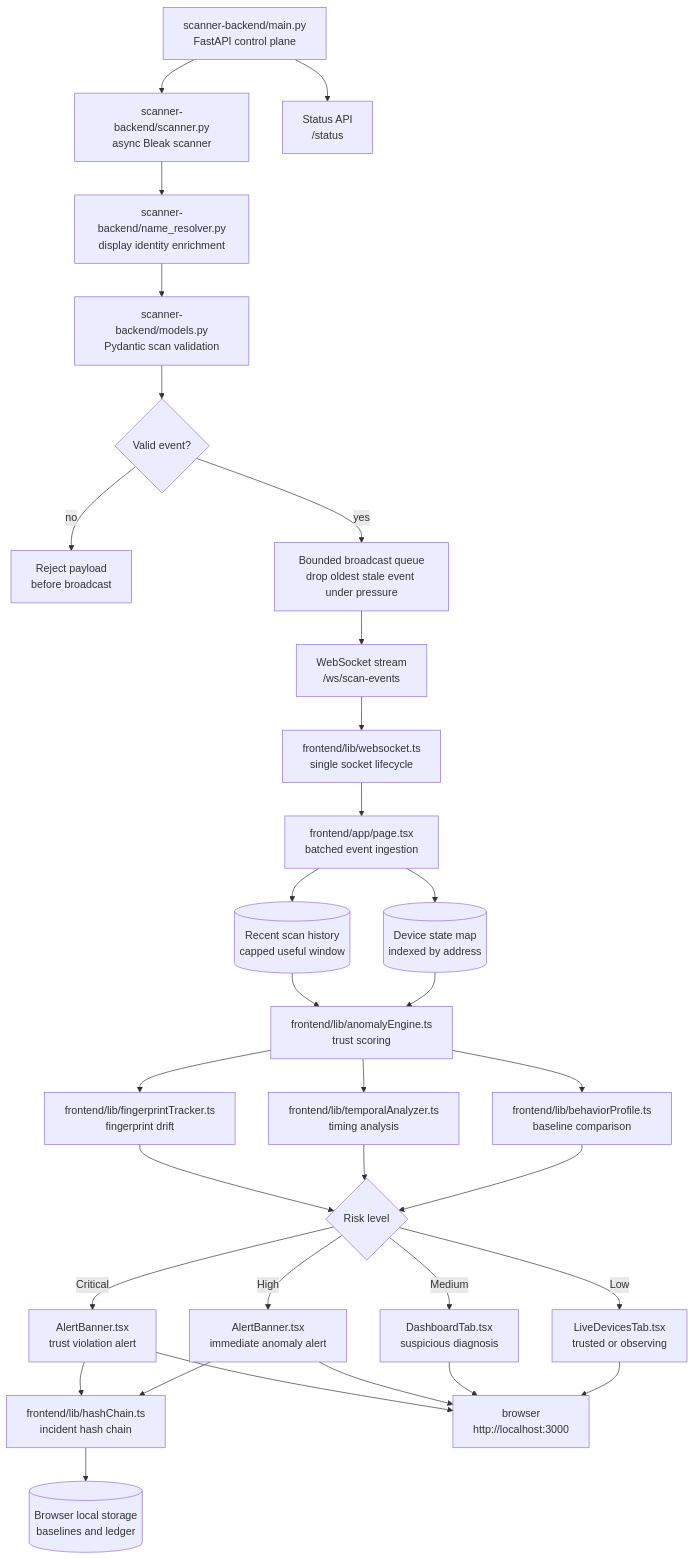
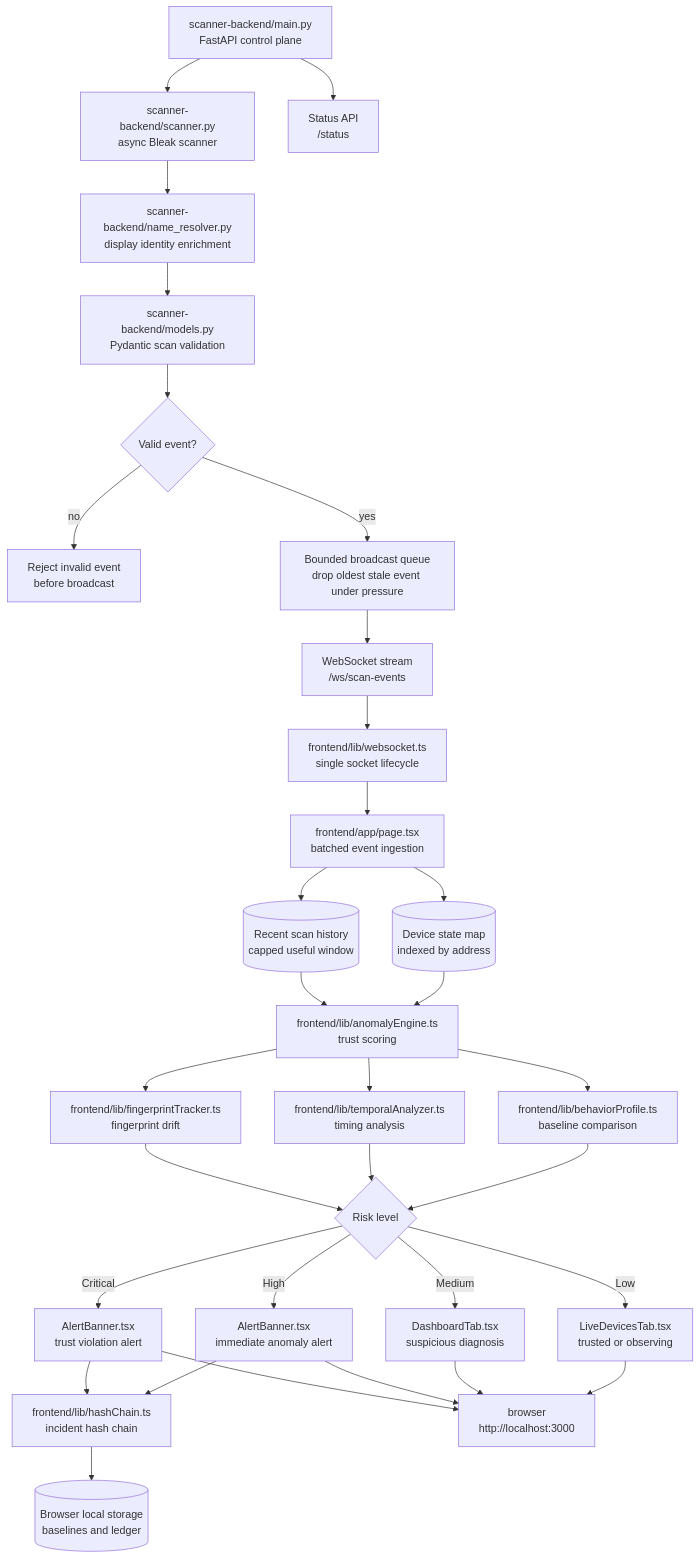
One commit to manasvi-0523/BLE_TRUST-REGISTRY changed the first of 4 diagrams in README.md. Above: the diagram before and after it, drawn with Mermaid. The commit also changed other lines of this file and 20 other files, not shown here.

Commit message:
fix: align ble trust audit claims and schema

````diff
--- a/README.md
+++ b/README.md
@@ -57,40 +57,40 @@
 ```mermaid
 graph TD
     A[scanner-backend/main.py<br/>FastAPI control plane] --> B[scanner-backend/scanner.py<br/>async Bleak scanner]
     B --> C[scanner-backend/name_resolver.py<br/>display identity enrichment]
     C --> D[scanner-backend/models.py<br/>Pydantic scan validation]
     D --> E{Valid event?}
 
-    E -- no --> F[Reject payload<br/>before broadcast]
+    E -- no --> F[Reject invalid event<br/>before broadcast]
     E -- yes --> G[Bounded broadcast queue<br/>drop oldest stale event under pressure]
     G --> H[WebSocket stream<br/>/ws/scan-events]
     A --> I[Status API<br/>/status]
 
     H --> J[frontend/lib/websocket.ts<br/>single socket lifecycle]
     J --> K[frontend/app/page.tsx<br/>batched event ingestion]
     K --> L[(Device state map<br/>indexed by address)]
     K --> M[(Recent scan history<br/>capped useful window)]
 
     L --> N[frontend/lib/anomalyEngine.ts<br/>trust scoring]
     M --> N
     N --> O[frontend/lib/behaviorProfile.ts<br/>baseline comparison]
     N --> P[frontend/lib/temporalAnalyzer.ts<br/>timing analysis]
     N --> Q[frontend/lib/fingerprintTracker.ts<br/>fingerprint drift]
 
     O --> R{Risk level}
     P --> R
     Q --> R
 
     R -- Low --> S[LiveDevicesTab.tsx<br/>trusted or observing]
     R -- Medium --> T[DashboardTab.tsx<br/>suspicious diagnosis]
     R -- High --> U[AlertBanner.tsx<br/>immediate anomaly alert]
     R -- Critical --> V[AlertBanner.tsx<br/>trust violation alert]
 
     U --> W[frontend/lib/hashChain.ts<br/>incident hash chain]
     V --> W
     W --> X[(Browser local storage<br/>baselines and ledger)]
     S --> Y[browser<br/>http://localhost:3000]
     T --> Y
     U --> Y
     V --> Y
 ```
````
